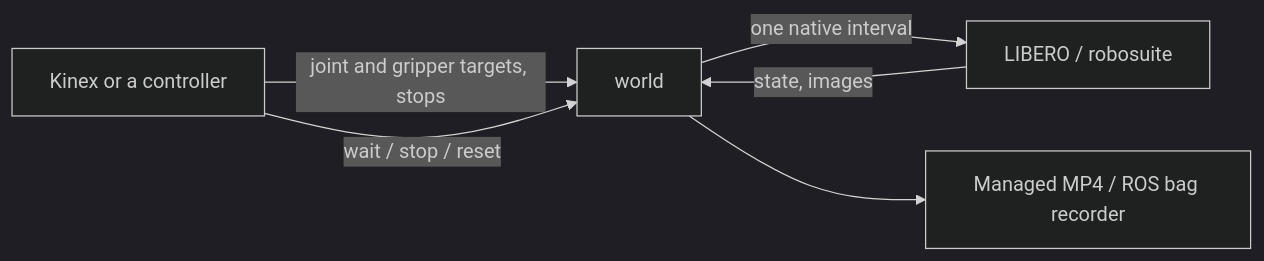
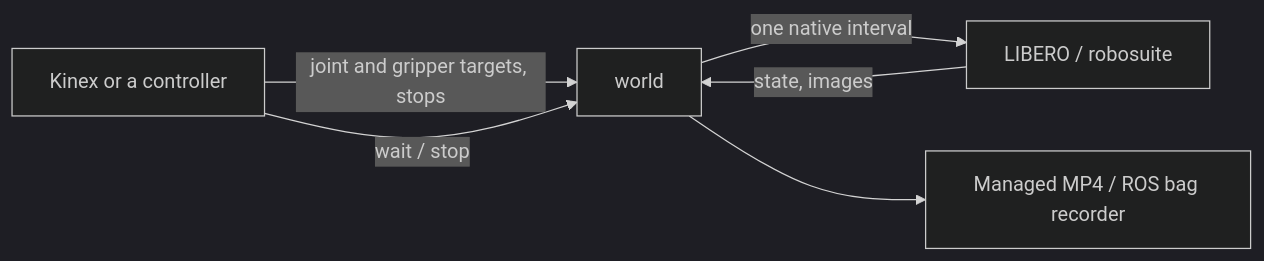
Before and after one commit to stacx-lab/rosbridge: the diagram in docs/libero.md, drawn with Mermaid (dark theme). The commit also changed other lines of this file and 46 other files, not shown here.

First line of the commit message:
Make a run one episode: remove world/reset

````diff
--- a/docs/libero.md
+++ b/docs/libero.md
@@ -37,8 +37,8 @@
 ```mermaid
 flowchart LR
   client[Kinex or a controller] -->|joint and gripper targets, stops| world
-  client -->|wait / stop / reset| world
+  client -->|wait / stop| world
   world -->|one native interval| native[LIBERO / robosuite]
   native -->|state, images| world
   world --> recorder[Managed MP4 / ROS bag recorder]
 ```
````
